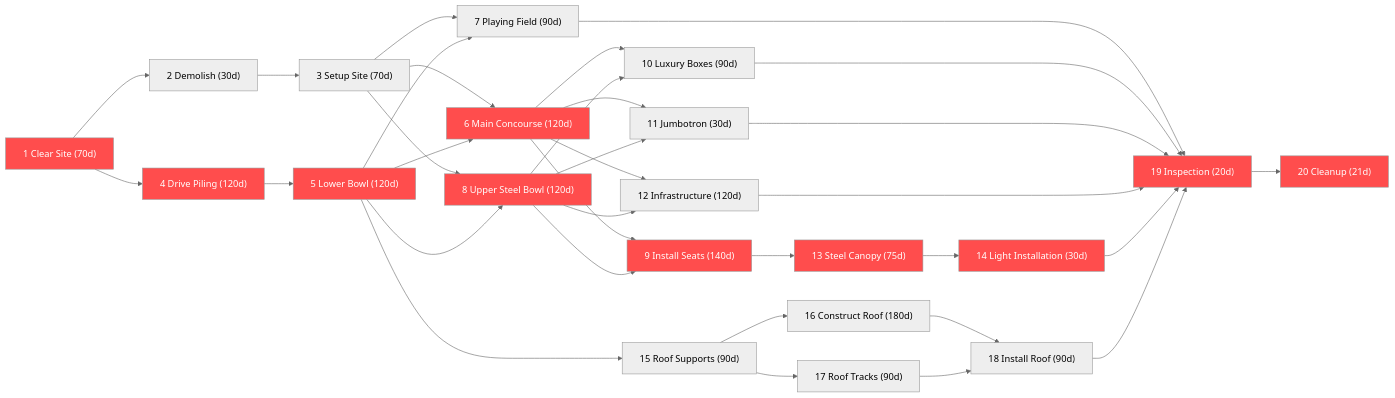
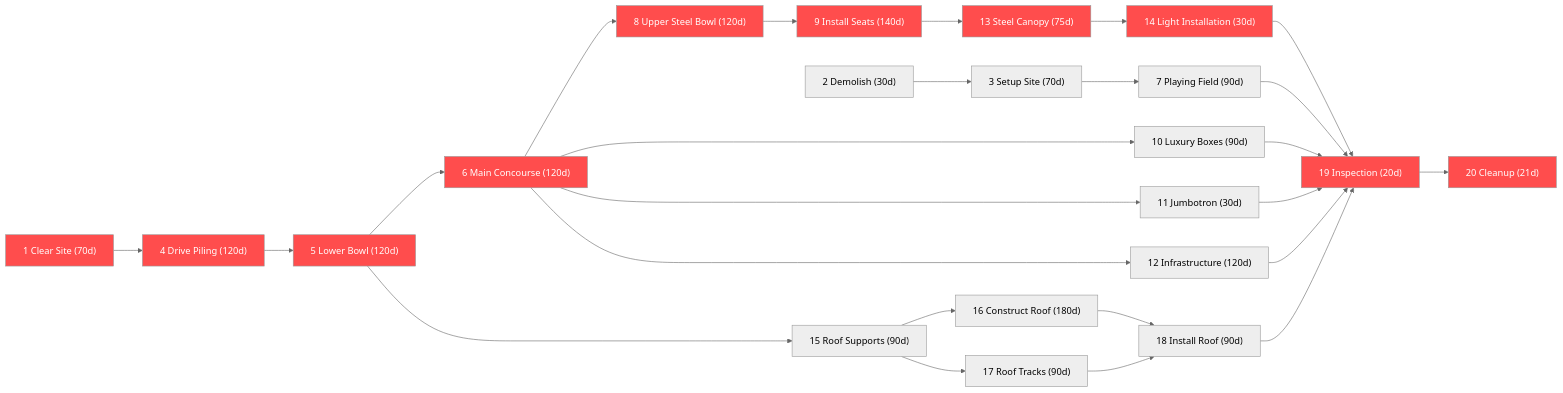
The diagram in README.md (sanjanaganger22-ship-it/sanjana), drawn with Mermaid (neutral theme) before and after one commit.

````diff
--- a/README.md
+++ b/README.md
@@ -1,71 +1,26 @@
 ```mermaid
 flowchart LR
 
-%% ---- Nodes ----
-1["1 Clear Site (70d)"]
-2["2 Demolish (30d)"]
-3["3 Setup Site (70d)"]
-4["4 Drive Piling (120d)"]
-5["5 Lower Bowl (120d)"]
-6["6 Main Concourse (120d)"]
-7["7 Playing Field (90d)"]
-8["8 Upper Steel Bowl (120d)"]
-9["9 Install Seats (140d)"]
-10["10 Luxury Boxes (90d)"]
-11["11 Jumbotron (30d)"]
-12["12 Infrastructure (120d)"]
-13["13 Steel Canopy (75d)"]
-14["14 Light Installation (30d)"]
-15["15 Roof Supports (90d)"]
-16["16 Construct Roof (180d)"]
-17["17 Roof Tracks (90d)"]
-18["18 Install Roof (90d)"]
-19["19 Inspection (20d)"]
-20["20 Cleanup (21d)"]
+%% ---- Critical Path ----
+1["1 Clear Site (70d)"] --> 4["4 Drive Piling (120d)"] --> 5["5 Lower Bowl (120d)"] --> 6["6 Main Concourse (120d)"] --> 8["8 Upper Steel Bowl (120d)"] --> 9["9 Install Seats (140d)"] --> 13["13 Steel Canopy (75d)"] --> 14["14 Light Installation (30d)"] --> 19["19 Inspection (20d)"] --> 20["20 Cleanup (21d)"]
 
-%% ---- Dependencies ----
-1 --> 2
-1 --> 4
-2 --> 3
-4 --> 5
-3 --> 6
-5 --> 6
-3 --> 7
-5 --> 7
-3 --> 8
-5 --> 8
-6 --> 9
-8 --> 9
-6 --> 10
-8 --> 10
-6 --> 11
-8 --> 11
-6 --> 12
-8 --> 12
-5 --> 15
-15 --> 16
-15 --> 17
-16 --> 18
-17 --> 18
-9 --> 13
-13 --> 14
-7 --> 19
-10 --> 19
-11 --> 19
-12 --> 19
-14 --> 19
-18 --> 19
-19 --> 20
+%% ---- Side Tasks ----
+2["2 Demolish (30d)"] --> 3["3 Setup Site (70d)"] --> 7["7 Playing Field (90d)"] --> 19
+6 --> 10["10 Luxury Boxes (90d)"] --> 19
+6 --> 11["11 Jumbotron (30d)"] --> 19
+6 --> 12["12 Infrastructure (120d)"] --> 19
+5 --> 15["15 Roof Supports (90d)"] --> 16["16 Construct Roof (180d)"] --> 18["18 Install Roof (90d)"] --> 19
+15 --> 17["17 Roof Tracks (90d)"] --> 18
 
 %% ---- Highlight Critical Path ----
 style 1 fill:#ff4d4d,color:#fff
 style 4 fill:#ff4d4d,color:#fff
 style 5 fill:#ff4d4d,color:#fff
 style 6 fill:#ff4d4d,color:#fff
 style 8 fill:#ff4d4d,color:#fff
 style 9 fill:#ff4d4d,color:#fff
 style 13 fill:#ff4d4d,color:#fff
 style 14 fill:#ff4d4d,color:#fff
 style 19 fill:#ff4d4d,color:#fff
 style 20 fill:#ff4d4d,color:#fff
 ```
````
